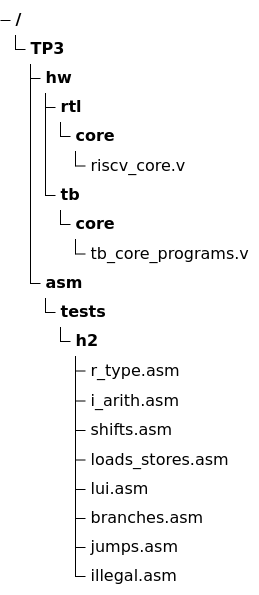
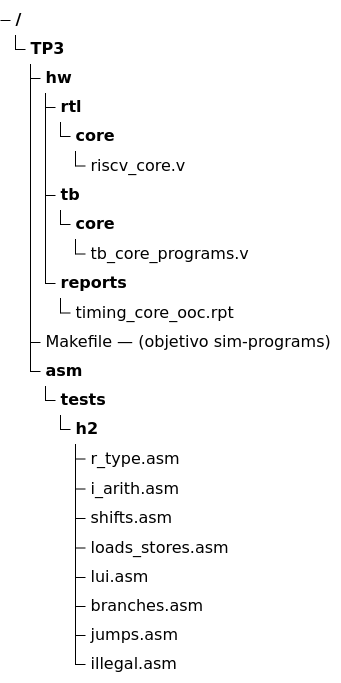
Before and after one commit to nicopinera/tps-arqui: diagram 20 of 47 in docs/PRD-pipeline-riscv.md, drawn with Mermaid (forest theme). The commit also changed other lines of this file and 32 other files, not shown here.

````diff
--- a/docs/PRD-pipeline-riscv.md
+++ b/docs/PRD-pipeline-riscv.md
@@ -1145,22 +1189,25 @@
 ```mermaid
 treeView-beta
     "TP3/"
         "hw/"
             "rtl/"
                 "core/"
                     "riscv_core.v"
             "tb/"
                 "core/"
                     "tb_core_programs.v"
+            "reports/"
+                "timing_core_ooc.rpt"
+        "Makefile — (objetivo sim-programs)"
         "asm/"
             "tests/"
                 "h2/"
                     "r_type.asm"
                     "i_arith.asm"
                     "shifts.asm"
                     "loads_stores.asm"
                     "lui.asm"
                     "branches.asm"
                     "jumps.asm"
                     "illegal.asm"
 ```
````
